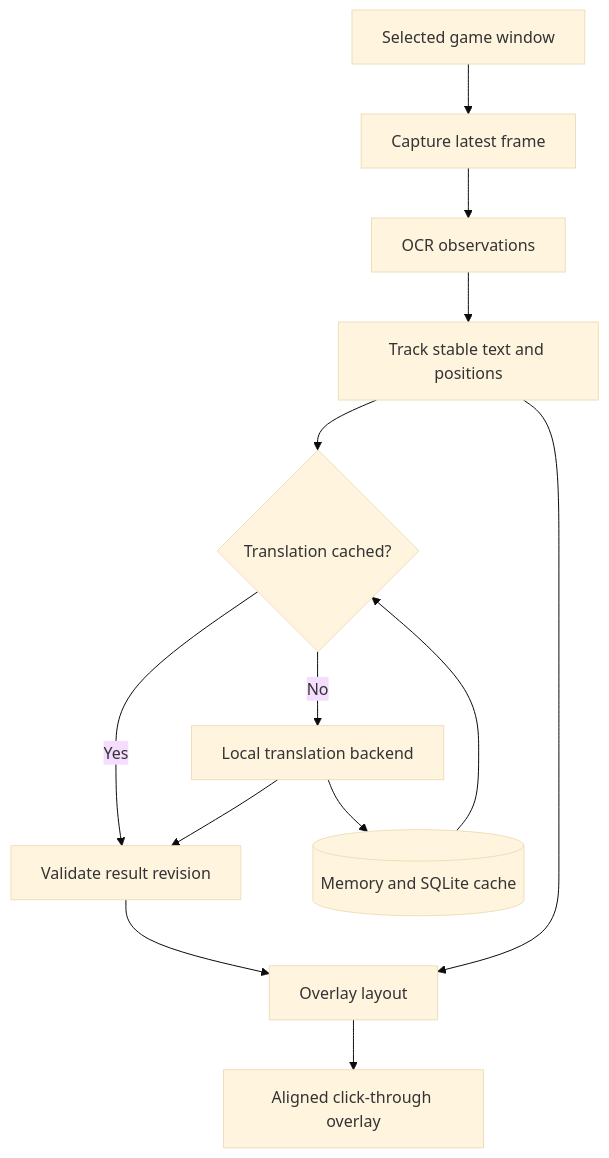
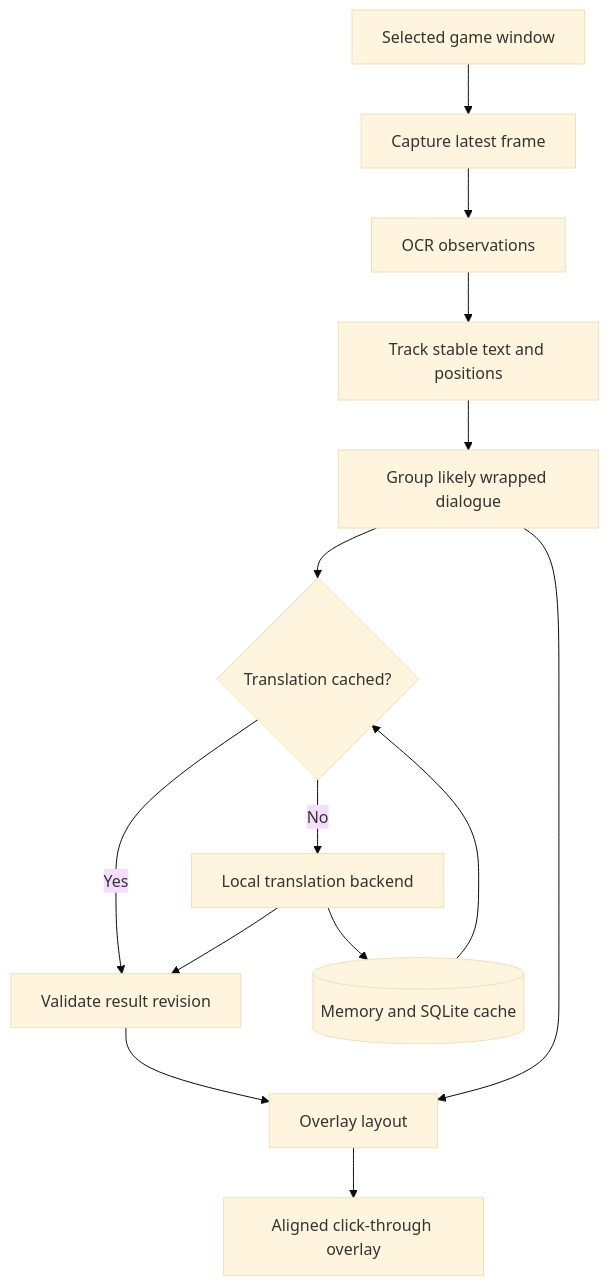
Before and after one commit to 2bamaster9-prog/danteTL: the diagram in engineering/plan.md, drawn with Mermaid (base theme). The commit also changed other lines of this file and 26 other files, not shown here.

````diff
--- a/engineering/plan.md
+++ b/engineering/plan.md
@@ -28,15 +28,16 @@
 ```mermaid
 flowchart TD
     A[Selected game window] --> B[Capture latest frame]
     B --> C[OCR observations]
     C --> D[Track stable text and positions]
-    D --> E{Translation cached?}
+    D --> K[Group likely wrapped dialogue]
+    K --> E{Translation cached?}
     E -->|Yes| G[Validate result revision]
     E -->|No| F[Local translation backend]
     F --> G
     F --> H[(Memory and SQLite cache)]
     H --> E
-    D --> I[Overlay layout]
+    K --> I[Overlay layout]
     G --> I
     I --> J[Aligned click-through overlay]
 ```
````
